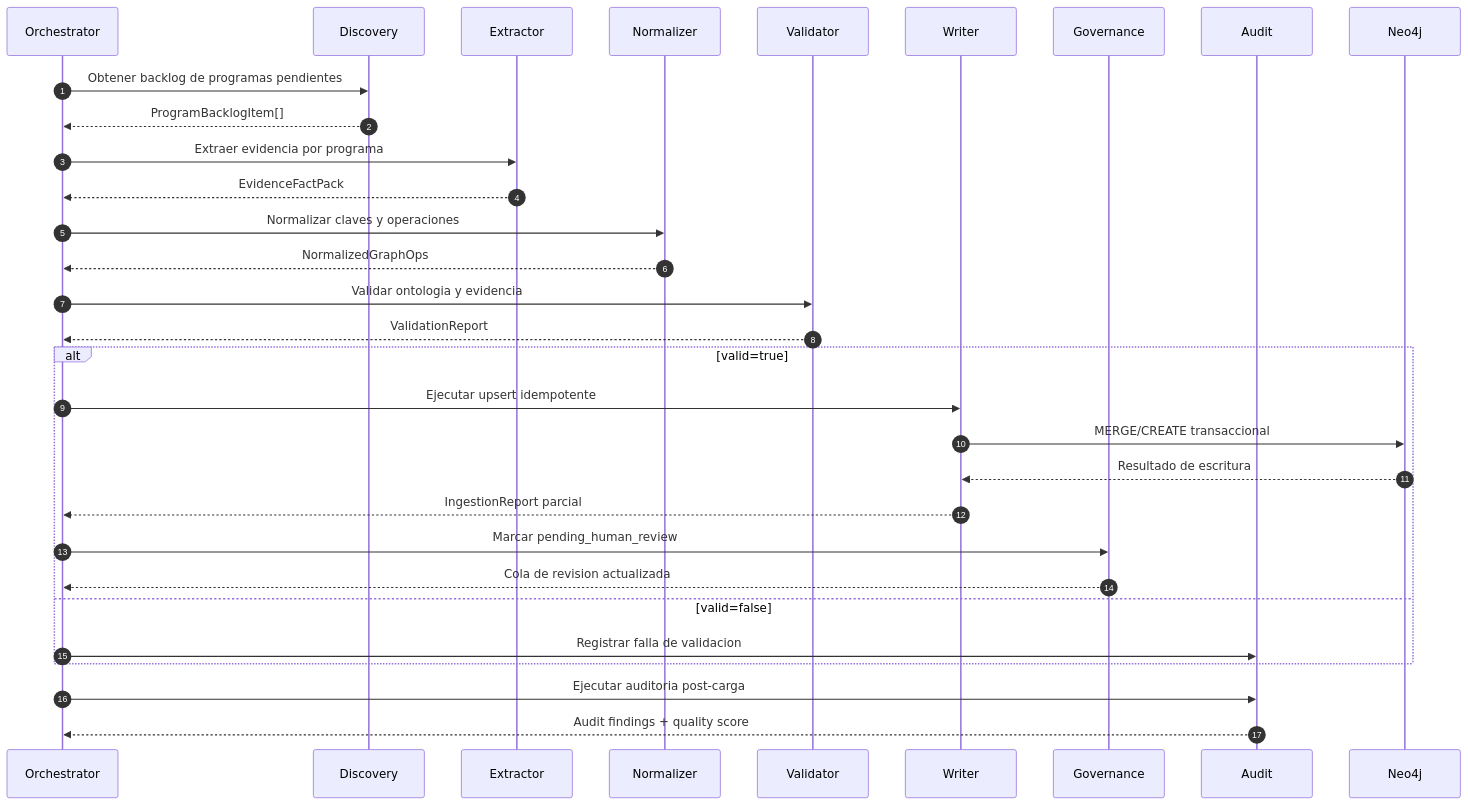
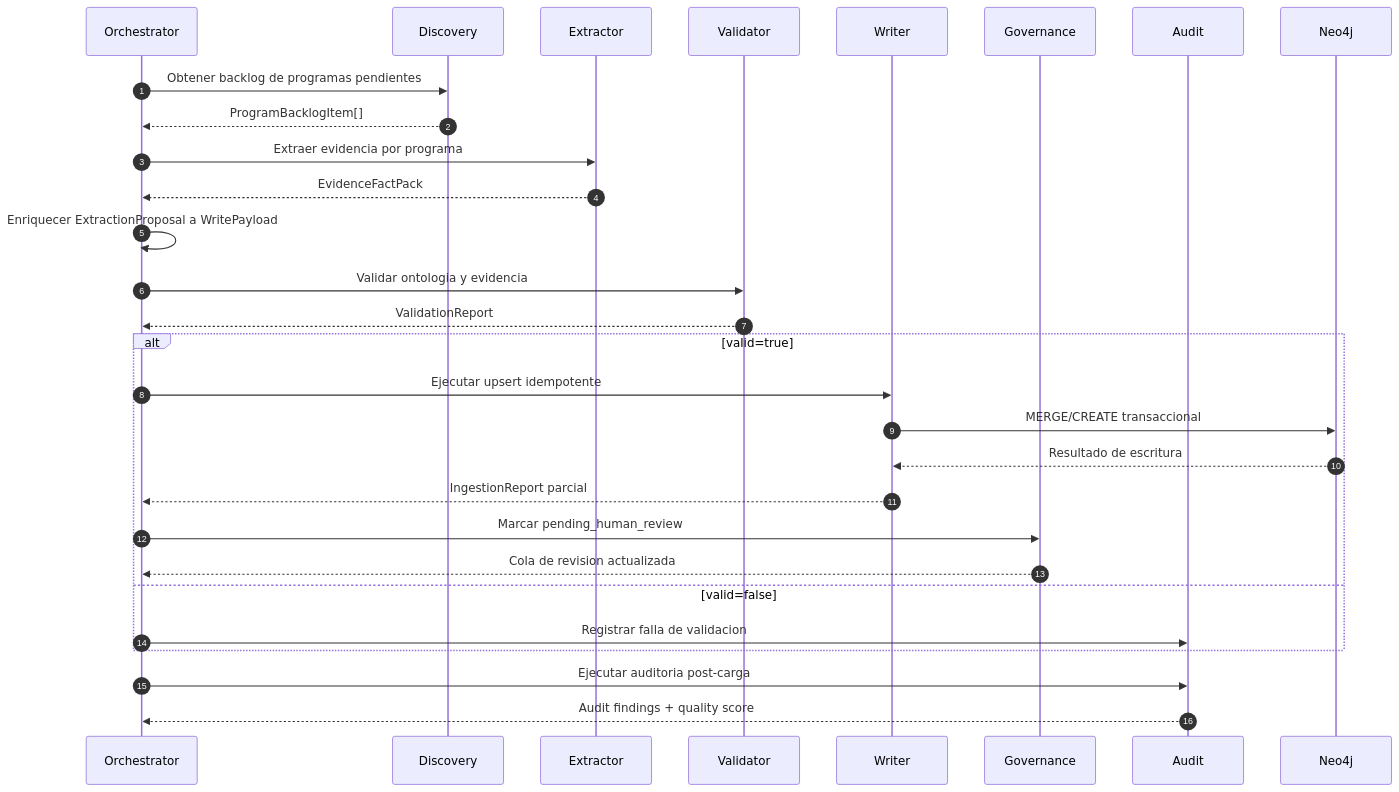
Before and after one commit to avarelop97/mickey-mouse: the second of 4 diagrams in docs/agentic-cobol-neo4j-blueprint.md, drawn with Mermaid. The commit also changed other lines of this file and 10 other files, not shown here.

````diff
--- a/docs/agentic-cobol-neo4j-blueprint.md
+++ b/docs/agentic-cobol-neo4j-blueprint.md
@@ -142,34 +142,32 @@
 ```mermaid
 sequenceDiagram
   autonumber
   participant ORQ as Orchestrator
   participant DSC as Discovery
   participant EXT as Extractor
-  participant NRM as Normalizer
   participant VAL as Validator
   participant WRT as Writer
   participant GOV as Governance
   participant AUD as Audit
   participant N4J as Neo4j
 
   ORQ->>DSC: Obtener backlog de programas pendientes
   DSC-->>ORQ: ProgramBacklogItem[]
   ORQ->>EXT: Extraer evidencia por programa
   EXT-->>ORQ: EvidenceFactPack
-  ORQ->>NRM: Normalizar claves y operaciones
-  NRM-->>ORQ: NormalizedGraphOps
+  ORQ->>ORQ: Enriquecer ExtractionProposal a WritePayload
   ORQ->>VAL: Validar ontologia y evidencia
   VAL-->>ORQ: ValidationReport
   alt valid=true
     ORQ->>WRT: Ejecutar upsert idempotente
     WRT->>N4J: MERGE/CREATE transaccional
     N4J-->>WRT: Resultado de escritura
     WRT-->>ORQ: IngestionReport parcial
     ORQ->>GOV: Marcar pending_human_review
     GOV-->>ORQ: Cola de revision actualizada
   else valid=false
     ORQ->>AUD: Registrar falla de validacion
   end
   ORQ->>AUD: Ejecutar auditoria post-carga
   AUD-->>ORQ: Audit findings + quality score
 ```
````
